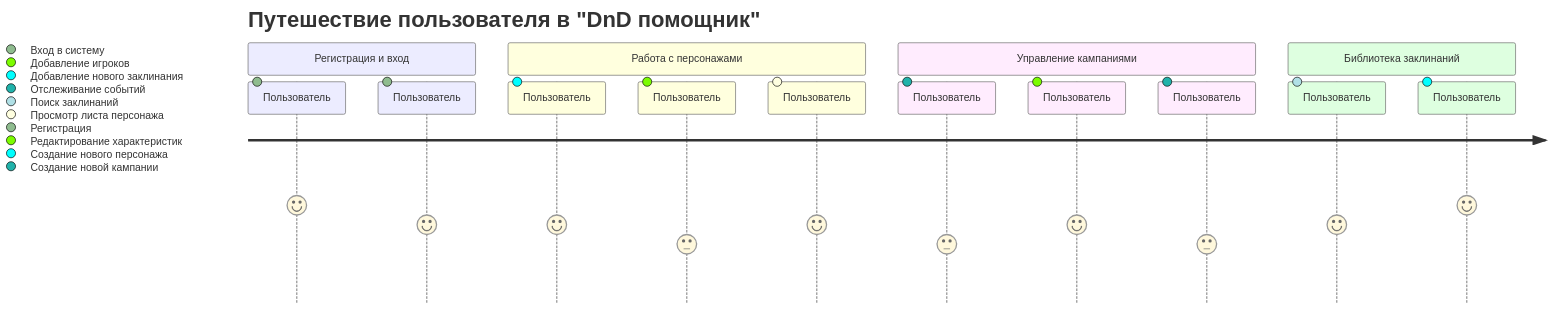
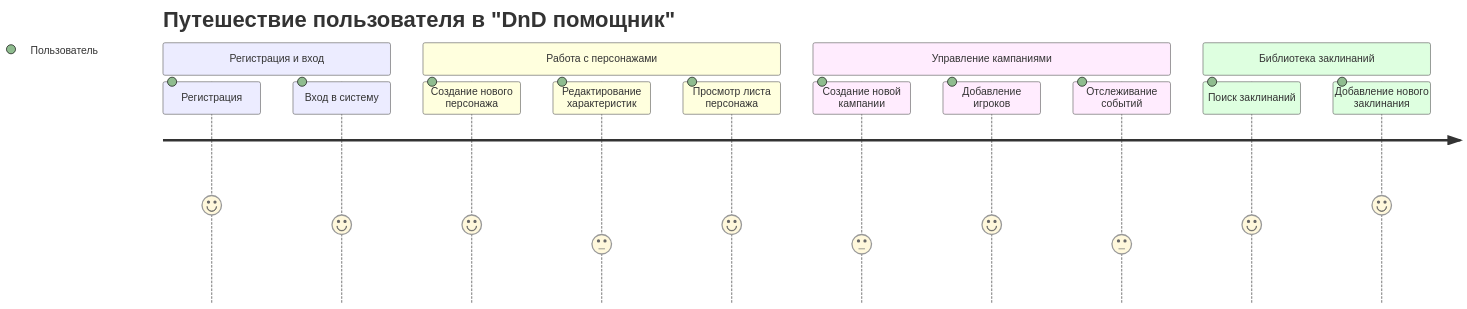
Before and after one commit to Ry3A/pkss: the second of 4 diagrams in README.md, drawn with Mermaid.

````diff
--- a/README.md
+++ b/README.md
@@ -34,18 +34,18 @@
 ```mermaid
 journey
   title Путешествие пользователя в "DnD помощник"
   section Регистрация и вход
-    Пользователь: 5: Регистрация
-    Пользователь: 4: Вход в систему
+    Регистрация: 5: Пользователь
+    Вход в систему: 4: Пользователь
   section Работа с персонажами
-    Пользователь: 4: Создание нового персонажа
-    Пользователь: 3: Редактирование характеристик
-    Пользователь: 4: Просмотр листа персонажа
+    Создание нового персонажа: 4: Пользователь
+    Редактирование характеристик: 3: Пользователь
+    Просмотр листа персонажа: 4: Пользователь
   section Управление кампаниями
-    Пользователь: 3: Создание новой кампании
-    Пользователь: 4: Добавление игроков
-    Пользователь: 3: Отслеживание событий
+    Создание новой кампании: 3: Пользователь
+    Добавление игроков: 4: Пользователь
+    Отслеживание событий: 3: Пользователь
   section Библиотека заклинаний
-    Пользователь: 4: Поиск заклинаний
-    Пользователь: 5: Добавление нового заклинания
+    Поиск заклинаний: 4: Пользователь
+    Добавление нового заклинания: 5: Пользователь
 ```
````
